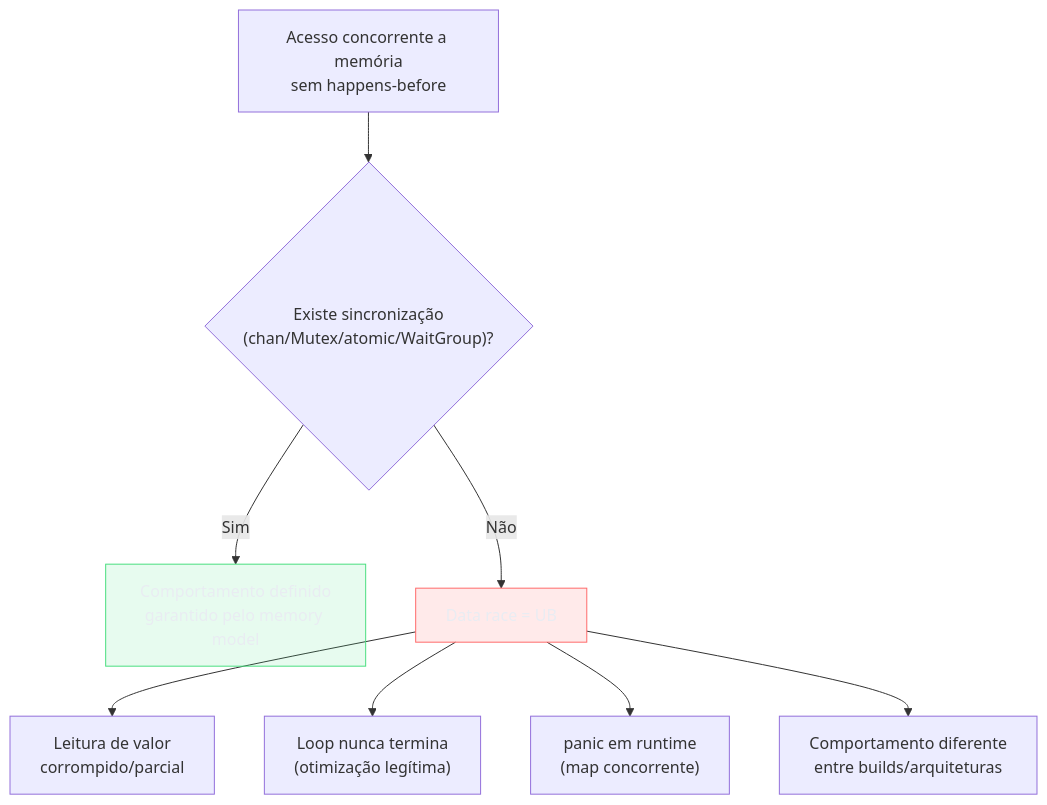
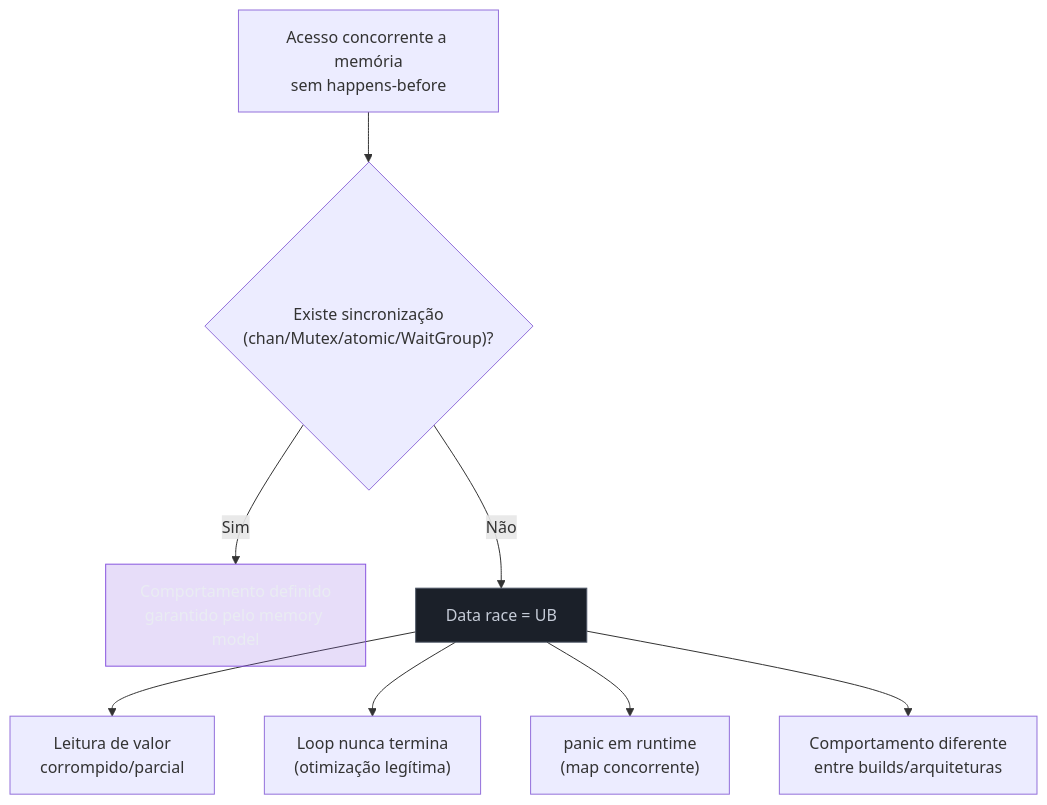
The fourth of 4 diagrams in 03-Dominios/Tecnologia/Go/17 - Runtime interno/07 - O memory model.md (josenaldo/codex-technomanticus), drawn with Mermaid before and after one commit. The commit also changed other lines of this file and 601 other files, not shown here.

````diff
--- a/03-Dominios/Tecnologia/Go/17 - Runtime interno/07 - O memory model.md
+++ b/03-Dominios/Tecnologia/Go/17 - Runtime interno/07 - O memory model.md
@@ -367,15 +367,15 @@
 ```mermaid
 flowchart TD
-    classDef falha fill:#FF6B6B24,stroke:#FF6B6B,color:#E9ECF2
-    classDef ok fill:#4ADE8021,stroke:#4ADE80,color:#E9ECF2
+    classDef marca fill:#8855DF33,stroke:#8855DF,color:#E9ECF2
+    classDef neutro fill:#1B2029,stroke:#4E5666,color:#C6CCD8
     R["Acesso concorrente a memória\nsem happens-before"] --> Q{"Existe sincronização\n(chan/Mutex/atomic/WaitGroup)?"}
     Q -->|Sim| OK["Comportamento definido\ngarantido pelo memory model"]
     Q -->|Não| UB["Data race = UB"]
     UB --> U1["Leitura de valor\ncorrompido/parcial"]
     UB --> U2["Loop nunca termina\n(otimização legítima)"]
     UB --> U3["panic em runtime\n(map concorrente)"]
     UB --> U4["Comportamento diferente\nentre builds/arquiteturas"]
 
-    class UB falha
-    class OK ok
+    class UB neutro
+    class OK marca
 ```
````
